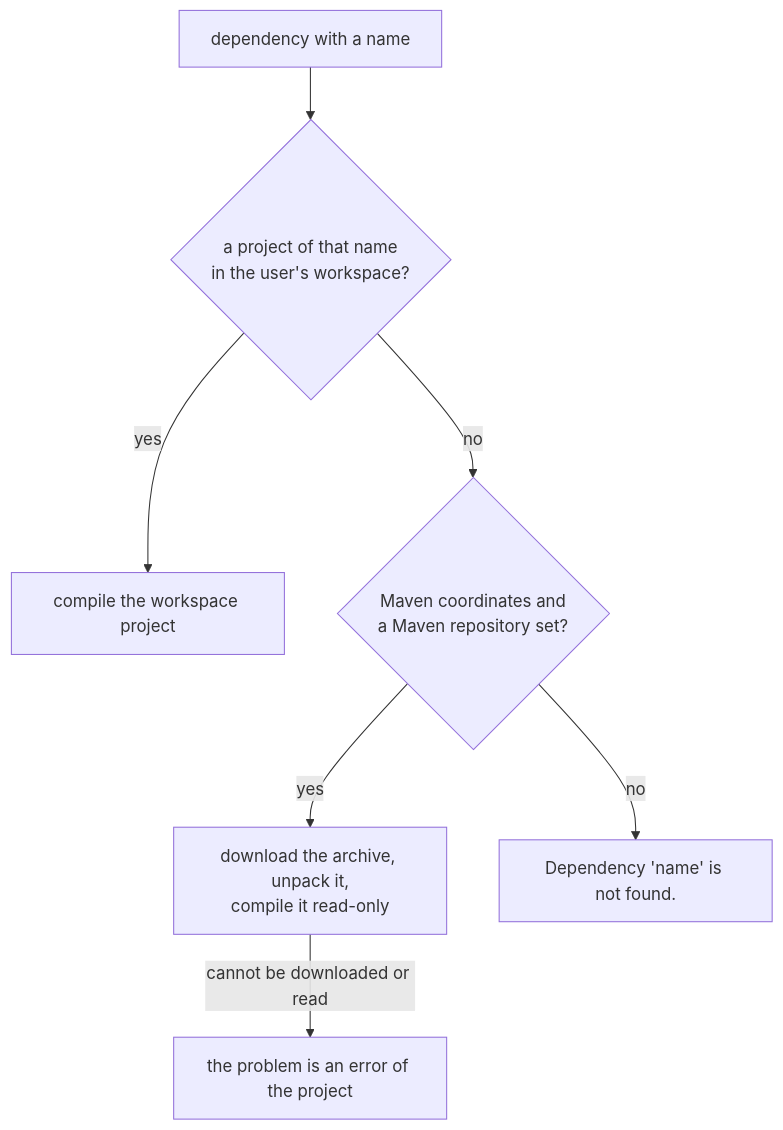
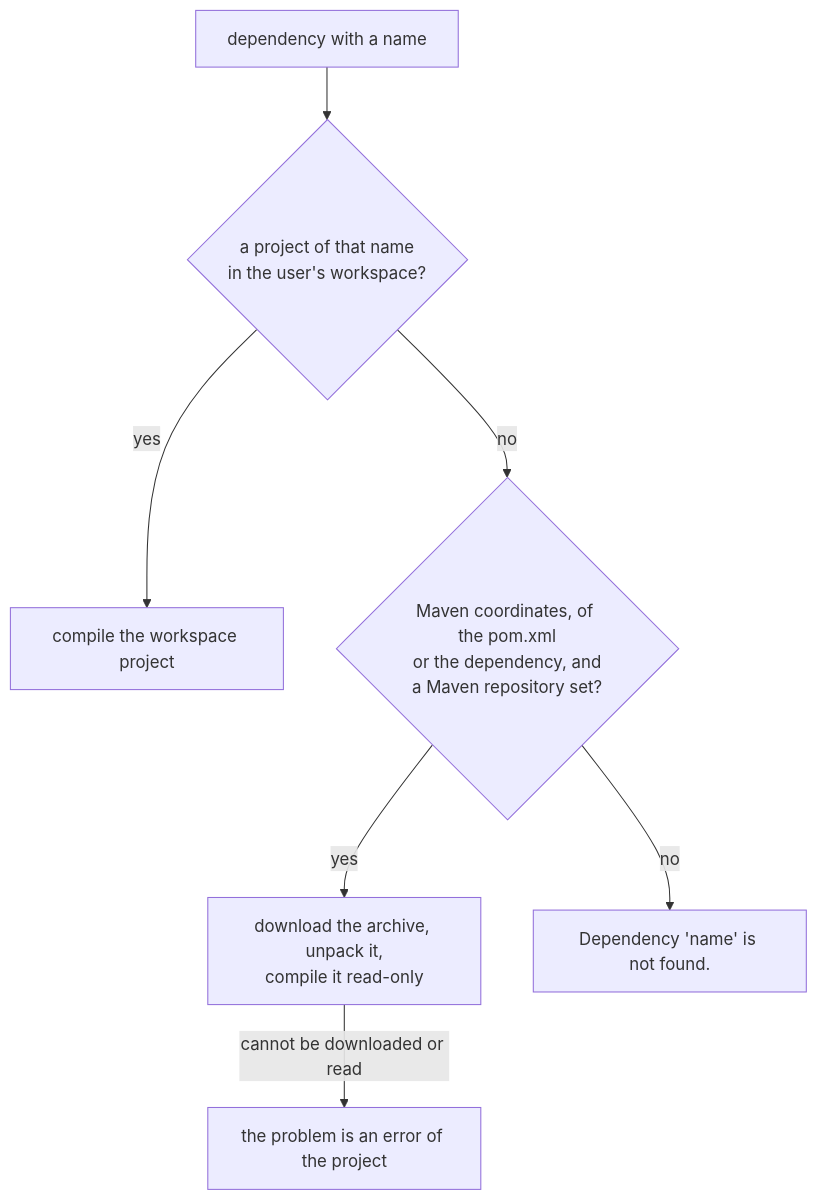
Before and after one commit to openl-tablets/openl-tablets: the first of 2 diagrams in Docs/architecture/maven-dependencies.md, drawn with Mermaid. The commit also changed other lines of this file and 36 other files, not shown here.

First line of the commit message:
EPBDS-17297 Take the dependencies of a pom.xml as the OpenL Maven Plugin does

````diff
--- a/Docs/architecture/maven-dependencies.md
+++ b/Docs/architecture/maven-dependencies.md
@@ -54,9 +121,9 @@
 ```mermaid
 flowchart TD
     D["dependency with a name"] --> W{"a project of that name<br/>in the user's workspace?"}
     W -->|yes| P["compile the workspace project"]
-    W -->|no| M{"Maven coordinates and<br/>a Maven repository set?"}
+    W -->|no| M{"Maven coordinates, of the pom.xml<br/>or the dependency, and<br/>a Maven repository set?"}
     M -->|yes| A["download the archive, unpack it,<br/>compile it read-only"]
     M -->|no| N["Dependency 'name' is not found."]
     A -->|cannot be downloaded or read| E["the problem is an error of the project"]
 ```
````
